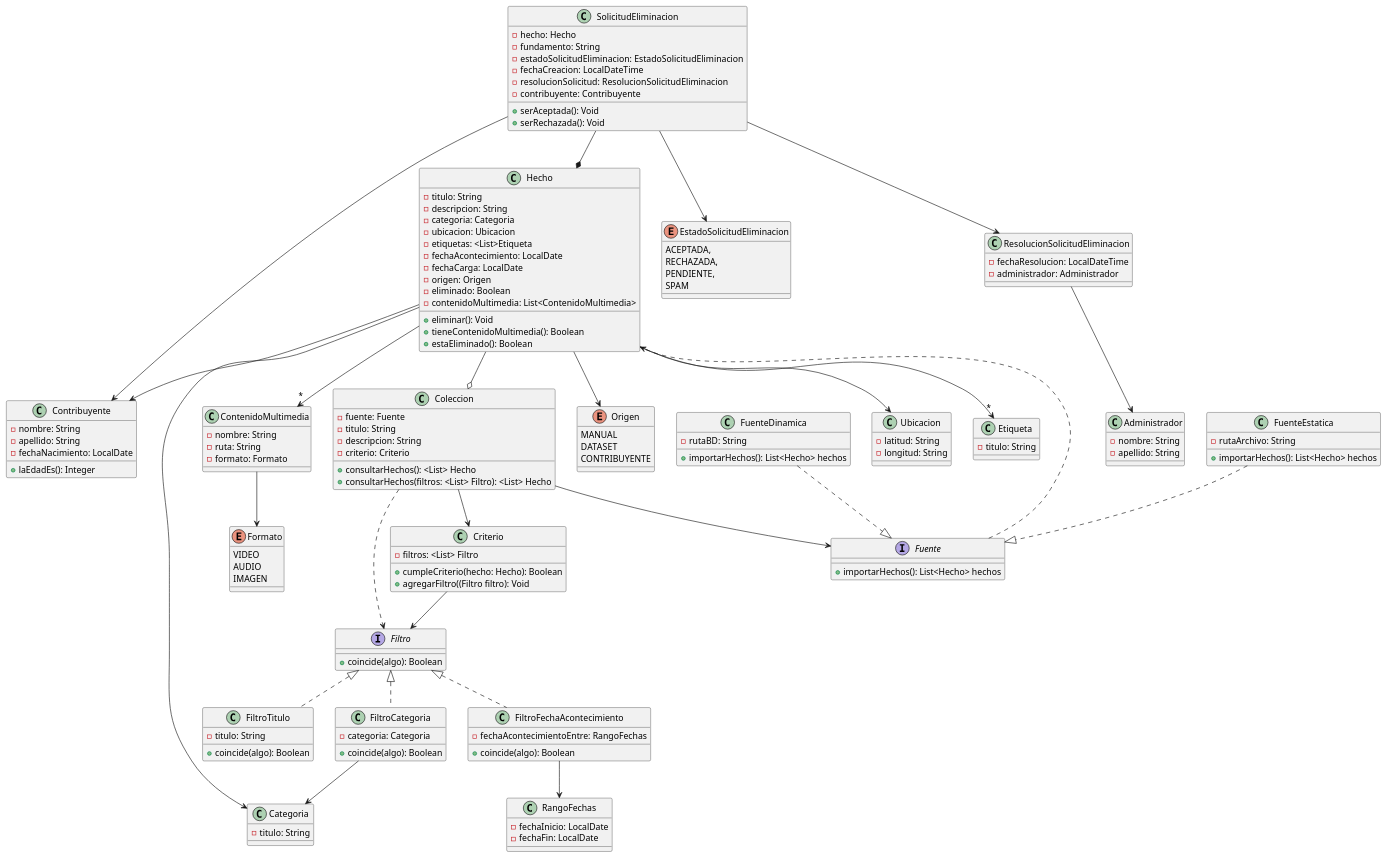
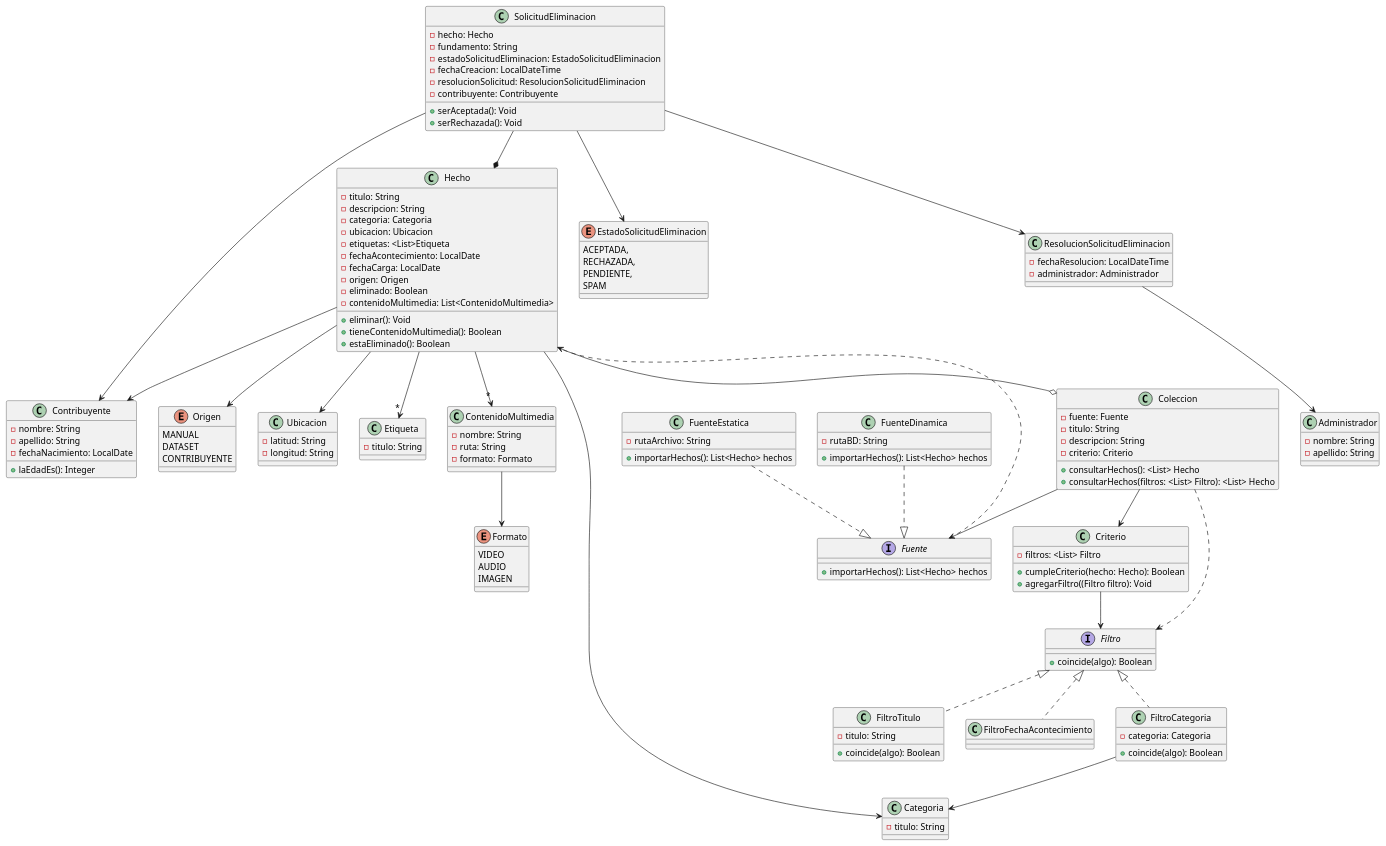
Before and after one commit to BrunoRodriguezzz/tp-dsi: the diagram in public/E1/DiagramaDeClases-1°Entrega.puml, drawn with PlantUML. The commit also changed 7 other files, not shown here.

```diff
--- a/public/E1/DiagramaDeClases-1°Entrega.puml
+++ b/public/E1/DiagramaDeClases-1°Entrega.puml
@@ -1,183 +1,172 @@
     @startuml
     'Hecho
     Hecho --> Contribuyente
     Hecho --> Origen
     Hecho --> Categoria
     Hecho --> Ubicacion
     Hecho -->"*" Etiqueta
     Hecho --o Coleccion
     Hecho -->"*" ContenidoMultimedia
 
     'Solicitudes de Eliminacion
     SolicitudEliminacion --* Hecho
     SolicitudEliminacion --> EstadoSolicitudEliminacion
     SolicitudEliminacion --> ResolucionSolicitudEliminacion
     SolicitudEliminacion --> Contribuyente
 
     'Resoluciones de Solicitudes de Eliminacion
     ResolucionSolicitudEliminacion --> Administrador
 
     'Colecciones
     Coleccion --> Criterio
     Coleccion ..> Filtro
 
     'Fuente
     Coleccion --> Fuente
     Fuente ..> Hecho
     FuenteEstatica ..|> Fuente
     FuenteDinamica ..|> Fuente
 
     'Criterio
     Criterio --> Filtro
 
     'ElementoCriterio
     Filtro <|.. FiltroTitulo
     Filtro <|.. FiltroCategoria
     Filtro <|.. FiltroFechaAcontecimiento
 
     'Estrategias
     FiltroCategoria --> Categoria
-    FiltroFechaAcontecimiento --> RangoFechas
 
     'Contenido Multimedia
     ContenidoMultimedia --> Formato
 
 
     class Contribuyente {
         -nombre: String
         -apellido: String
         -fechaNacimiento: LocalDate
         +laEdadEs(): Integer
     }
 
     class Administrador {
         -nombre: String
         -apellido: String
     }
 
     enum EstadoSolicitudEliminacion {
         ACEPTADA,
         RECHAZADA,
         PENDIENTE,
         SPAM
     }
 
     class ResolucionSolicitudEliminacion {
         -fechaResolucion: LocalDateTime
         -administrador: Administrador
     }
 
     class ContenidoMultimedia {
         -nombre: String
         -ruta: String
         -formato: Formato
     }
 
     enum Formato {
         VIDEO
         AUDIO
         IMAGEN
     }
 
     class Hecho {
         -titulo: String
         -descripcion: String
         -categoria: Categoria
         -ubicacion: Ubicacion
         -etiquetas: <List>Etiqueta
         -fechaAcontecimiento: LocalDate
         -fechaCarga: LocalDate
         -origen: Origen
         -eliminado: Boolean
         -contenidoMultimedia: List<ContenidoMultimedia>
         +eliminar(): Void
         +tieneContenidoMultimedia(): Boolean
         +estaEliminado(): Boolean
     }
 
     interface Fuente {
         +importarHechos(): List<Hecho> hechos
     }
 
     class FuenteEstatica {
         -rutaArchivo: String
         +importarHechos(): List<Hecho> hechos
     }
 
     class FuenteDinamica {
         -rutaBD: String
         +importarHechos(): List<Hecho> hechos
     }
 
     class Etiqueta {
         -titulo: String
     }
 
     enum Origen {
         MANUAL
         DATASET
         CONTRIBUYENTE
     }
 
     class Categoria {
         -titulo: String
     }
 
     class Ubicacion {
         -latitud: String
         -longitud: String
     }
 
     class SolicitudEliminacion {
         -hecho: Hecho
         -fundamento: String
         -estadoSolicitudEliminacion: EstadoSolicitudEliminacion
         -fechaCreacion: LocalDateTime
         -resolucionSolicitud: ResolucionSolicitudEliminacion
         -contribuyente: Contribuyente
         +serAceptada(): Void
         +serRechazada(): Void
     }
 
     class Coleccion {
         -fuente: Fuente
         -titulo: String
         -descripcion: String
         -criterio: Criterio
         'Solo para representar overload
         +consultarHechos(): <List> Hecho
         +consultarHechos(filtros: <List> Filtro): <List> Hecho
     }
 
     class Criterio{
         -filtros: <List> Filtro
 
         +cumpleCriterio(hecho: Hecho): Boolean
         +agregarFiltro((Filtro filtro): Void
     }
 
-    class RangoFechas {
-        -fechaInicio: LocalDate
-        -fechaFin: LocalDate
-    }
-
     interface Filtro{
         +coincide(algo): Boolean
     }
 
     class FiltroTitulo{
         -titulo: String
         +coincide(algo): Boolean
     }
 
-    class FiltroFechaAcontecimiento{
-        -fechaAcontecimientoEntre: RangoFechas
-        +coincide(algo): Boolean
-    }
-
     class FiltroCategoria{
         -categoria: Categoria
         +coincide(algo): Boolean
     }
 
     @enduml
```
